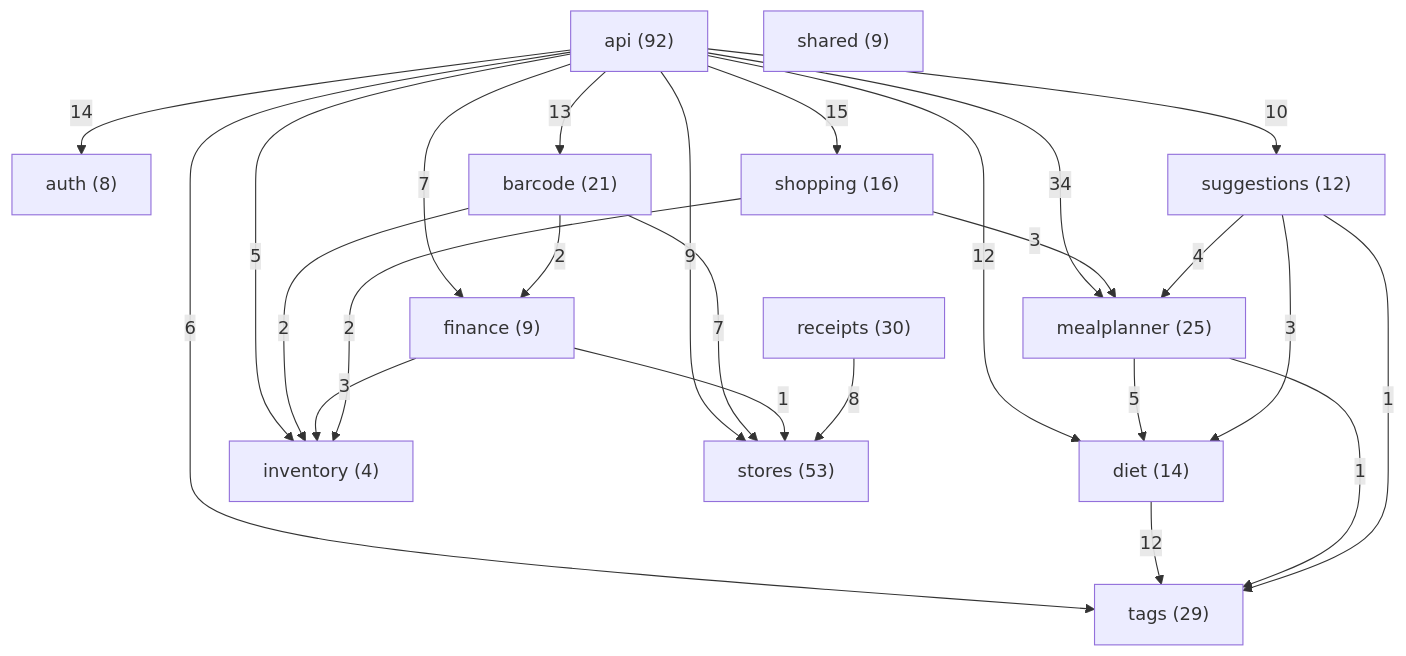
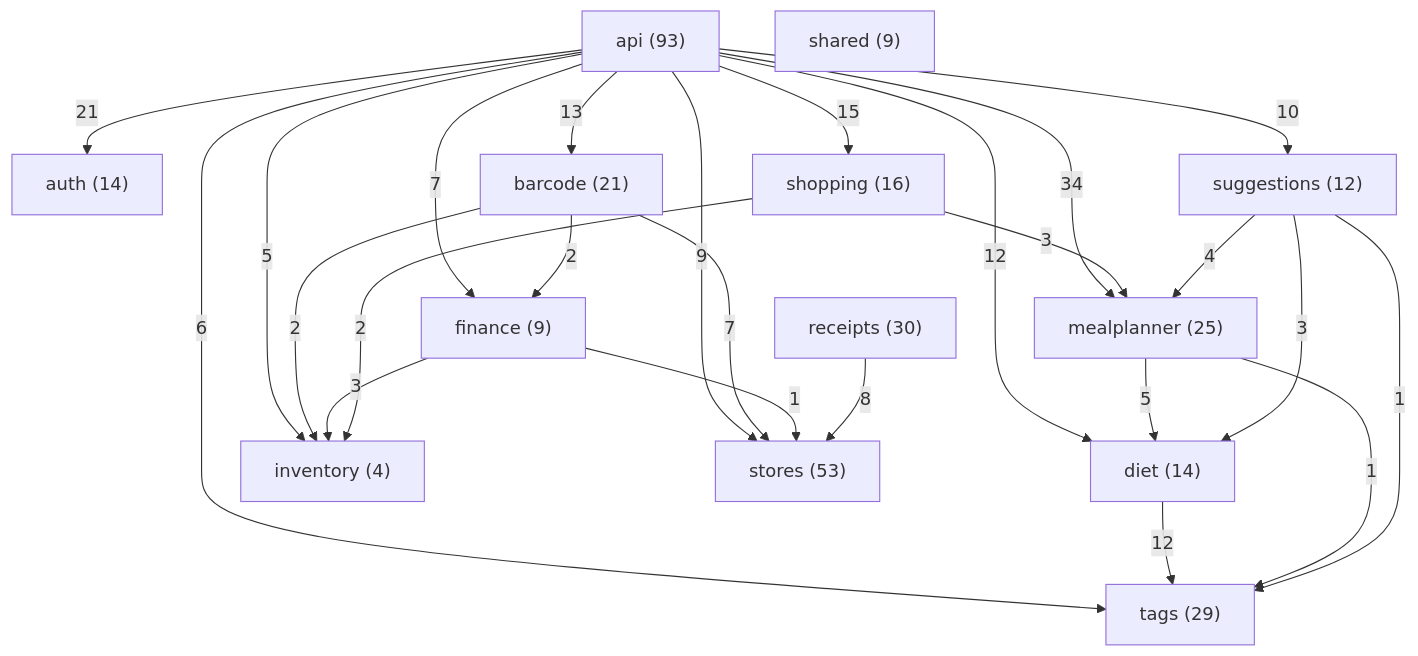
One commit to Nate-ryan-7690/dahaem changed the diagram in docs/classes/README.md. Above: the diagram before and after it, drawn with Mermaid. The commit also changed other lines of this file and 4 other files, not shown here.

````diff
--- a/docs/classes/README.md
+++ b/docs/classes/README.md
@@ -9,40 +9,40 @@
 ```mermaid
 flowchart TD
-    api["api (92)"]
-    auth["auth (8)"]
+    api["api (93)"]
+    auth["auth (14)"]
     barcode["barcode (21)"]
     diet["diet (14)"]
     finance["finance (9)"]
     inventory["inventory (4)"]
     mealplanner["mealplanner (25)"]
     receipts["receipts (30)"]
     shared["shared (9)"]
     shopping["shopping (16)"]
     stores["stores (53)"]
     suggestions["suggestions (12)"]
     tags["tags (29)"]
-    api -->|14| auth
+    api -->|21| auth
     api -->|13| barcode
     api -->|12| diet
     api -->|7| finance
     api -->|5| inventory
     api -->|34| mealplanner
     api -->|15| shopping
     api -->|9| stores
     api -->|10| suggestions
     api -->|6| tags
     barcode -->|2| finance
     barcode -->|2| inventory
     barcode -->|7| stores
     diet -->|12| tags
     finance -->|3| inventory
     finance -->|1| stores
     mealplanner -->|5| diet
     mealplanner -->|1| tags
     receipts -->|8| stores
     shopping -->|2| inventory
     shopping -->|3| mealplanner
     suggestions -->|3| diet
     suggestions -->|4| mealplanner
     suggestions -->|1| tags
 ```
````
